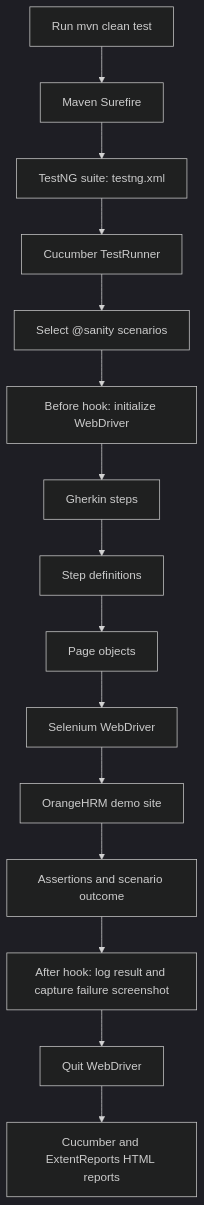
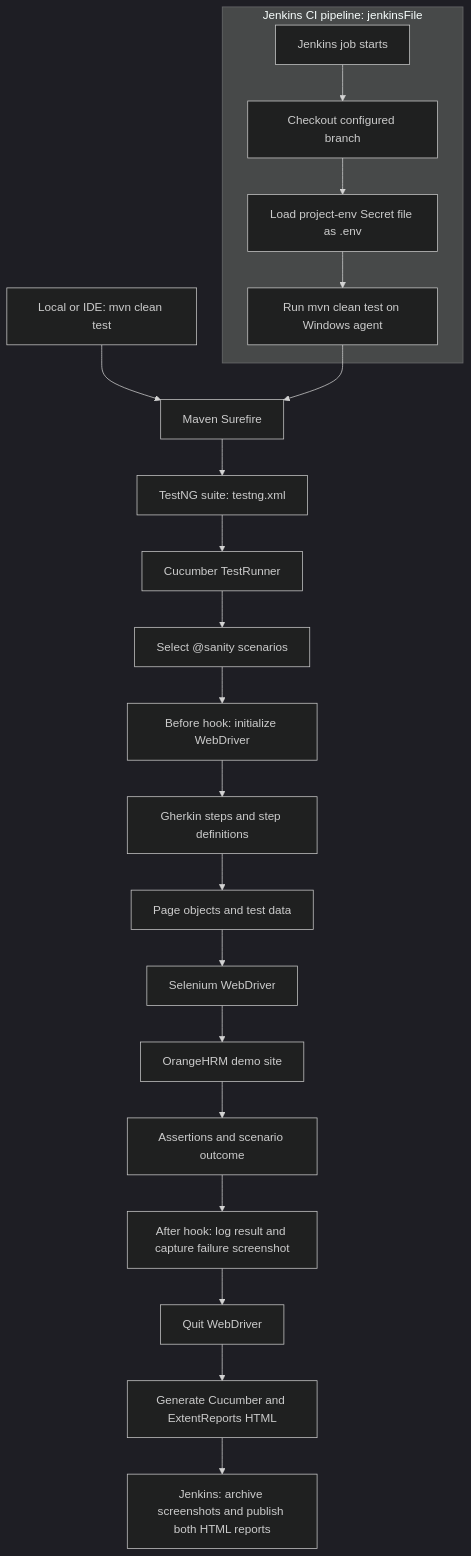
Before and after one commit to Sameer-Programmer/2026_Enterprise_DEMO_BDD_Project: the first of 2 diagrams in README.md, drawn with Mermaid (dark theme). The commit also changed other lines of this file, not shown here.

Commit message:
docs: show Jenkins in README diagrams

````diff
--- a/README.md
+++ b/README.md
@@ -151,17 +150,23 @@
 ```mermaid
 flowchart TD
-    A[Run mvn clean test] --> B[Maven Surefire]
-    B --> C[TestNG suite: testng.xml]
-    C --> D[Cucumber TestRunner]
-    D --> E[Select @sanity scenarios]
-    E --> F[Before hook: initialize WebDriver]
-    F --> G[Gherkin steps]
-    G --> H[Step definitions]
-    H --> I[Page objects]
-    I --> J[Selenium WebDriver]
-    J --> K[OrangeHRM demo site]
-    K --> L[Assertions and scenario outcome]
-    L --> M[After hook: log result and capture failure screenshot]
-    M --> N[Quit WebDriver]
-    N --> O[Cucumber and ExtentReports HTML reports]
+    Local[Local or IDE: mvn clean test] --> Surefire[Maven Surefire]
+    subgraph CI[Jenkins CI pipeline: jenkinsFile]
+        Trigger[Jenkins job starts] --> Checkout[Checkout configured branch]
+        Checkout --> Env[Load project-env Secret file as .env]
+        Env --> JenkinsTest[Run mvn clean test on Windows agent]
+    end
+    JenkinsTest --> Surefire
+    Surefire --> TestNG[TestNG suite: testng.xml]
+    TestNG --> Runner[Cucumber TestRunner]
+    Runner --> Tags[Select @sanity scenarios]
+    Tags --> Hooks[Before hook: initialize WebDriver]
+    Hooks --> Steps[Gherkin steps and step definitions]
+    Steps --> Pages[Page objects and test data]
+    Pages --> Browser[Selenium WebDriver]
+    Browser --> App[OrangeHRM demo site]
+    App --> Outcome[Assertions and scenario outcome]
+    Outcome --> After[After hook: log result and capture failure screenshot]
+    After --> Quit[Quit WebDriver]
+    Quit --> Reports[Generate Cucumber and ExtentReports HTML]
+    Reports --> Archive[Jenkins: archive screenshots and publish both HTML reports]
 ```
````
